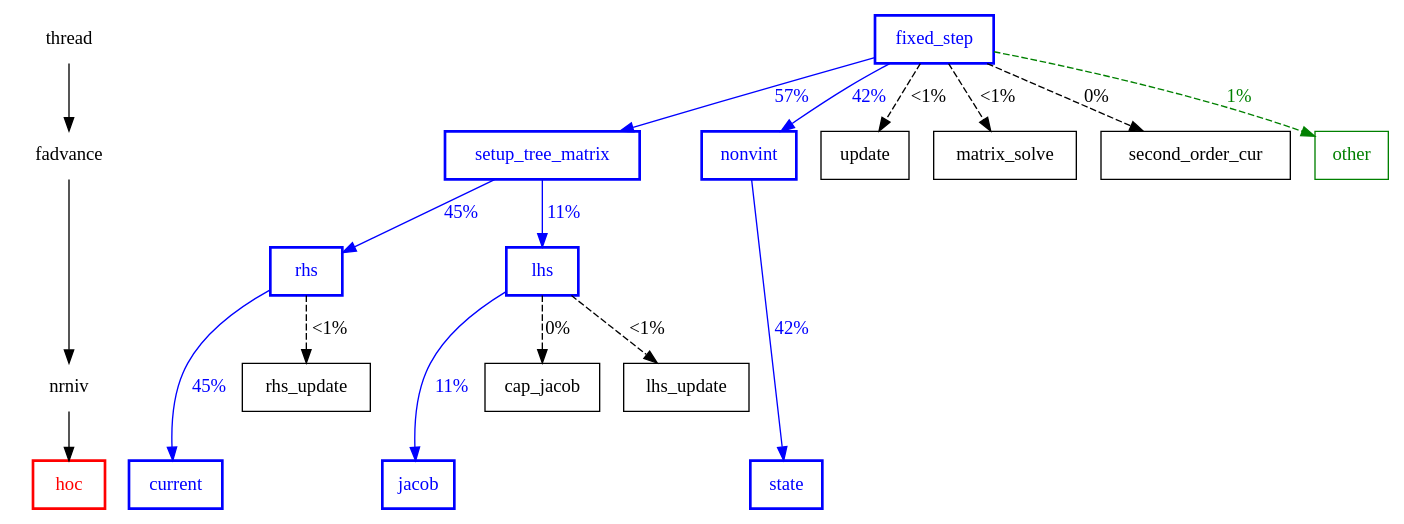
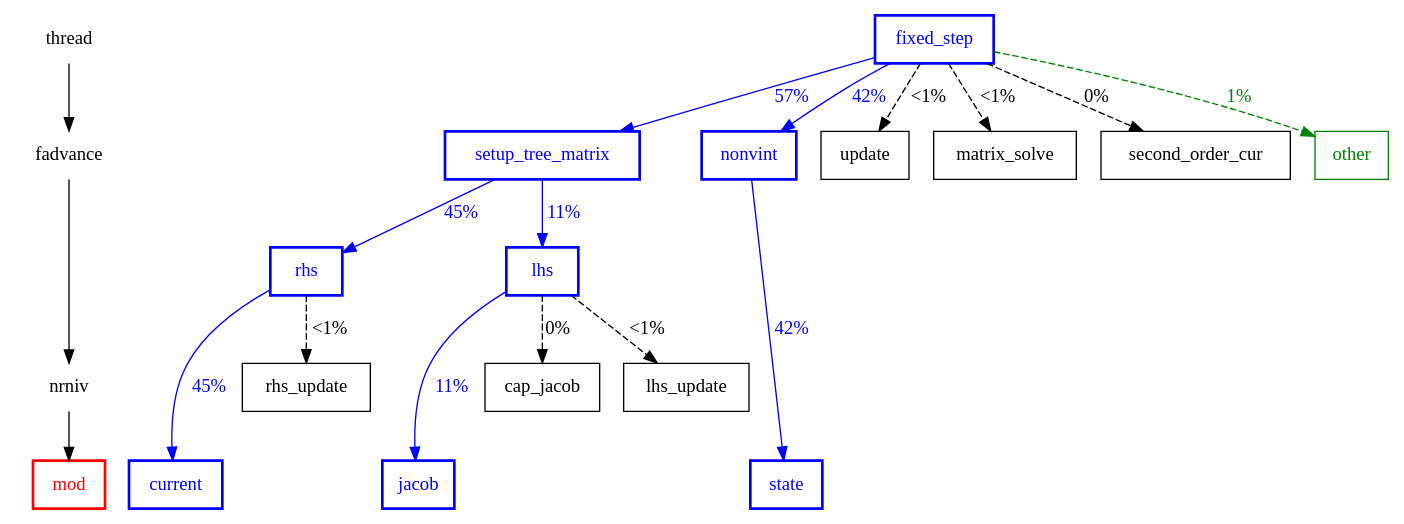
The diagram in images/calltree.dot (eth-cscs/coreneuron-analysis), drawn with Graphviz before and after one commit. The commit also changed 7 other files, not shown here.

```diff
--- a/images/calltree.dot
+++ b/images/calltree.dot
@@ -1,42 +1,42 @@
 Digraph G{
     // draw index down lhs
     {
         node [shape=none]
-        thread -> fadvance -> nrniv -> hoc
-        hoc [shape=box, style=bold, fontcolor=Red, color=Red] // use box for everything
+        thread -> fadvance -> nrniv -> mod
+        mod [shape=box, style=bold, fontcolor=Red, color=Red] // use box for everything
     }
 
     // describe the heavy edges
     node [shape=box, style=bold, fontcolor=Blue, color=Blue] // use box for everything
     edge [color=Blue, style=filled, fontcolor=Blue]
     fixed_step -> setup_tree_matrix  [label="57%"]
     setup_tree_matrix -> rhs         [label="45%"]
     setup_tree_matrix -> lhs         [label="11%"]
     fixed_step -> nonvint            [label="42%"]
     //node [shape=box, style=bold, fontcolor=Red, color=Red] // use box for everything
     rhs        -> current            [label="45%"]
     lhs        -> jacob              [label="11%"]
     nonvint    -> state              [label="42%"]
 
     // describe the light edges
-    // of the following, all are implemented in "nrnoc" path, not in .hoc files
+    // of the following, all are implemented in "nrnoc" path, not in .mod files
     //  as such they should not be on the same level as things like jacob and state
     node [style=solid, fontcolor=Black, color=Black]
     edge [color=Black, fontcolor=Black, style=dashed]
     rhs        -> rhs_update        [label="<1%"]
     lhs        -> cap_jacob         [label="0%"]
     lhs        -> lhs_update        [label="<1%"]
     fixed_step -> update            [label="<1%"]
     fixed_step -> matrix_solve      [label="<1%"]
     fixed_step -> second_order_cur  [label="0%"]
 
     node [style=solid, fontcolor=Green, color=Green]
     edge [color=Green, fontcolor=Green, style=dashed]
     fixed_step -> other             [label="1%"]
 
     // set the levels
     {rank = same; thread; fixed_step};
     {rank = same; fadvance; setup_tree_matrix; update; matrix_solve; second_order_cur; nonvint; other};
     {rank = same; nrniv; rhs_update; cap_jacob; lhs_update};
-    {rank = same; hoc; current; jacob; state};
+    {rank = same; mod; current; jacob; state};
 }
```
